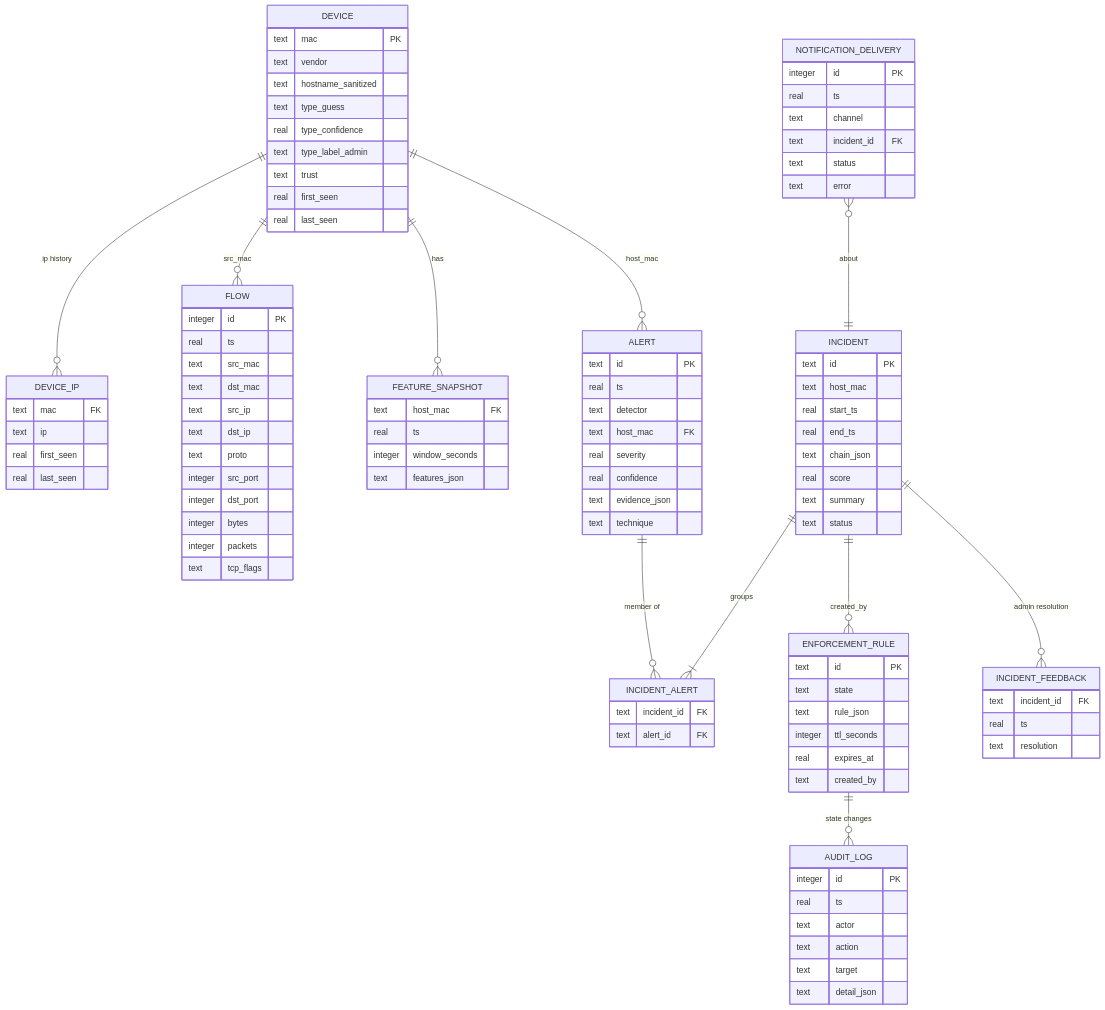
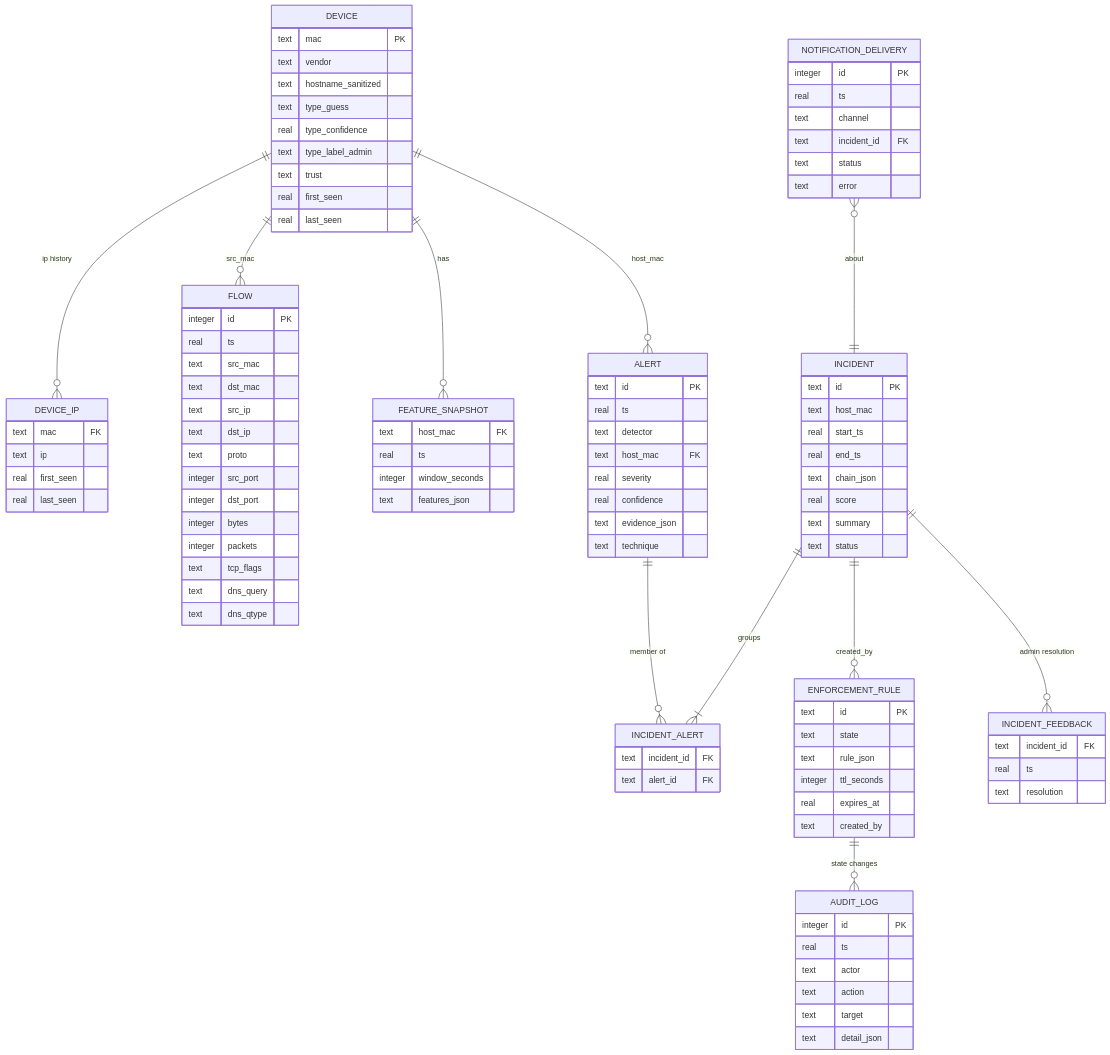
One commit to MRX-72/Hackt0b3r changed the diagram in docs/diagrams/06-data-model.mmd. Above: the diagram before and after it, drawn with Mermaid. The commit also changed 18 other files, not shown here.

```diff
--- a/docs/diagrams/06-data-model.mmd
+++ b/docs/diagrams/06-data-model.mmd
@@ -1,23 +1,23 @@
 %% 06 SQLite data model (WAL). Indexes: (host_mac, ts) on flows, alerts, feature_snapshots.
 erDiagram
   DEVICE ||--o{ DEVICE_IP : "ip history"
   DEVICE ||--o{ FLOW : "src_mac"
   DEVICE ||--o{ FEATURE_SNAPSHOT : has
   DEVICE ||--o{ ALERT : "host_mac"
   INCIDENT ||--|{ INCIDENT_ALERT : groups
   ALERT ||--o{ INCIDENT_ALERT : "member of"
   INCIDENT ||--o{ ENFORCEMENT_RULE : "created_by"
   INCIDENT ||--o{ INCIDENT_FEEDBACK : "admin resolution"
   ENFORCEMENT_RULE ||--o{ AUDIT_LOG : "state changes"
   NOTIFICATION_DELIVERY }o--|| INCIDENT : about
   DEVICE { text mac PK  text vendor  text hostname_sanitized  text type_guess  real type_confidence  text type_label_admin  text trust  real first_seen  real last_seen }
   DEVICE_IP { text mac FK  text ip  real first_seen  real last_seen }
-  FLOW { integer id PK  real ts  text src_mac  text dst_mac  text src_ip  text dst_ip  text proto  integer src_port  integer dst_port  integer bytes  integer packets  text tcp_flags }
+  FLOW { integer id PK  real ts  text src_mac  text dst_mac  text src_ip  text dst_ip  text proto  integer src_port  integer dst_port  integer bytes  integer packets  text tcp_flags  text dns_query  text dns_qtype }
   FEATURE_SNAPSHOT { text host_mac FK  real ts  integer window_seconds  text features_json }
   ALERT { text id PK  real ts  text detector  text host_mac FK  real severity  real confidence  text evidence_json  text technique }
   INCIDENT { text id PK  text host_mac  real start_ts  real end_ts  text chain_json  real score  text summary  text status }
   INCIDENT_ALERT { text incident_id FK  text alert_id FK }
   INCIDENT_FEEDBACK { text incident_id FK  real ts  text resolution }
   ENFORCEMENT_RULE { text id PK  text state  text rule_json  integer ttl_seconds  real expires_at  text created_by }
   AUDIT_LOG { integer id PK  real ts  text actor  text action  text target  text detail_json }
   NOTIFICATION_DELIVERY { integer id PK  real ts  text channel  text incident_id FK  text status  text error }
```
